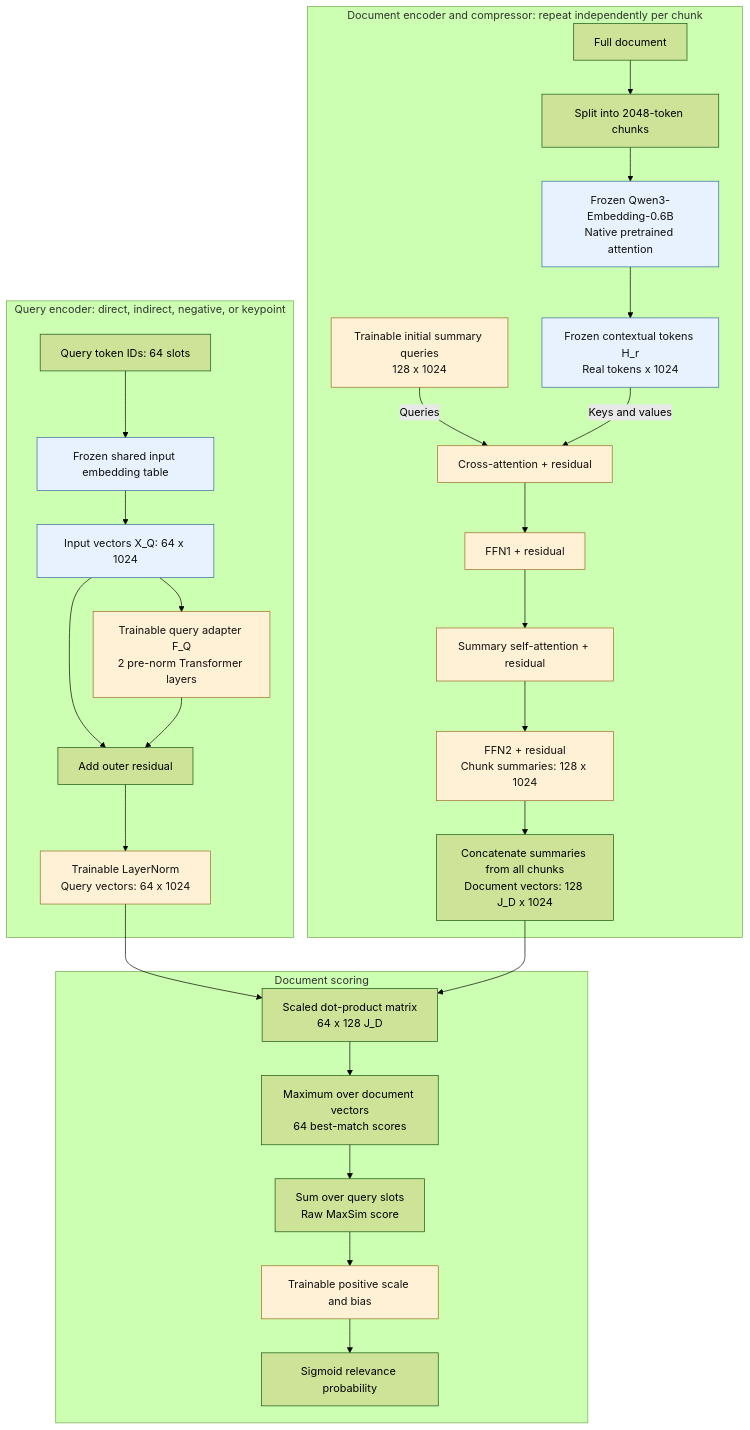
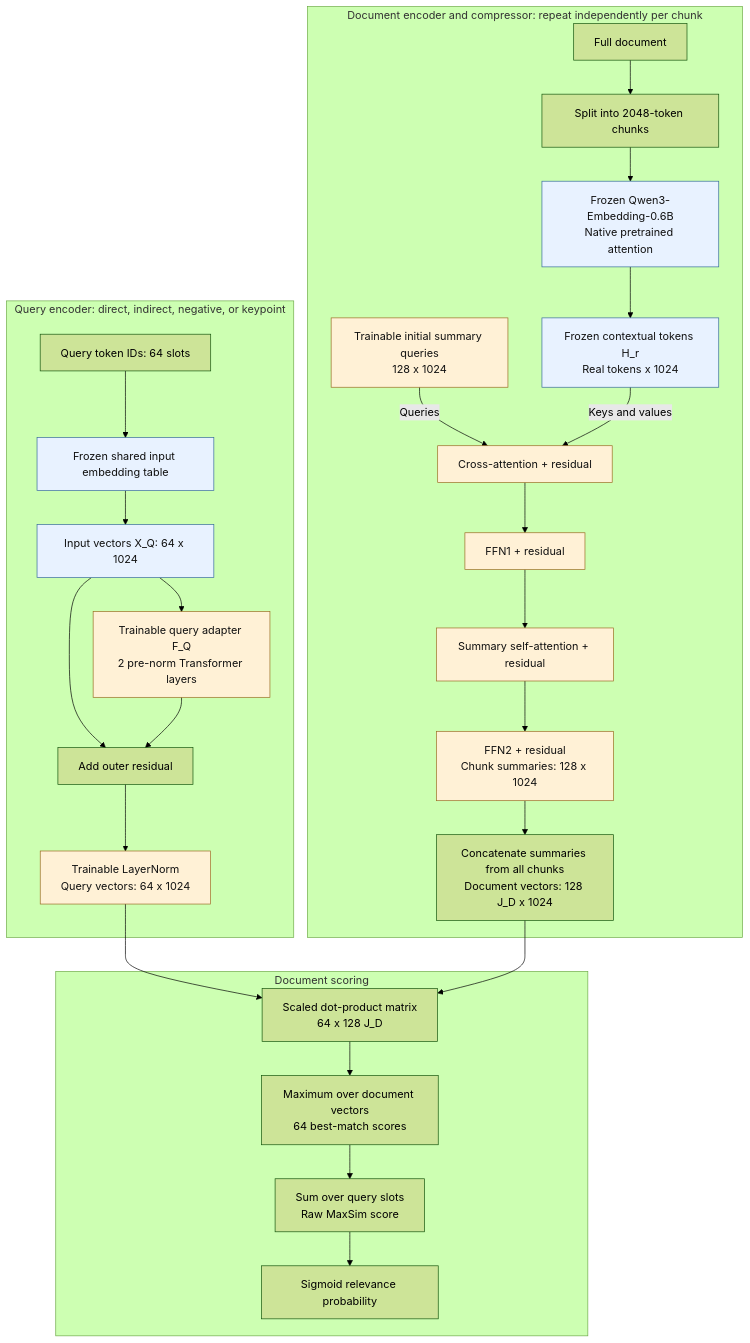
Before and after one commit to NgOchOcc/reranking: the diagram in docs/compression.md, drawn with Mermaid (forest theme). The commit also changed other lines of this file and 2 other files, not shown here.

````diff
--- a/docs/compression.md
+++ b/docs/compression.md
@@ -64,37 +64,36 @@
 ```mermaid
 flowchart TB
     subgraph QUERY["Query encoder: direct, indirect, negative, or keypoint"]
         QID["Query token IDs: 64 slots"] --> EMB["Frozen shared input embedding table"]
         EMB --> XQ["Input vectors X_Q: 64 x 1024"]
         XQ --> FQ["Trainable query adapter F_Q<br/>2 pre-norm Transformer layers"]
         XQ --> ADD["Add outer residual"]
         FQ --> ADD
         ADD --> QLN["Trainable LayerNorm<br/>Query vectors: 64 x 1024"]
     end
 
     subgraph DOC["Document encoder and compressor: repeat independently per chunk"]
         D["Full document"] --> CH["Split into 2048-token chunks"]
         CH --> ENC["Frozen Qwen3-Embedding-0.6B<br/>Native pretrained attention"]
         ENC --> H["Frozen contextual tokens H_r<br/>Real tokens x 1024"]
         Z["Trainable initial summary queries<br/>128 x 1024"] -->|Queries| CA["Cross-attention + residual"]
         H -->|Keys and values| CA
         CA --> FF1["FFN1 + residual"]
         FF1 --> SA["Summary self-attention + residual"]
         SA --> FF2["FFN2 + residual<br/>Chunk summaries: 128 x 1024"]
         FF2 --> CAT["Concatenate summaries from all chunks<br/>Document vectors: 128 J_D x 1024"]
     end
 
     subgraph SCORE["Document scoring"]
         DOT["Scaled dot-product matrix<br/>64 x 128 J_D"] --> MAX["Maximum over document vectors<br/>64 best-match scores"]
         MAX --> SUM["Sum over query slots<br/>Raw MaxSim score"]
-        SUM --> CAL["Trainable positive scale and bias"]
-        CAL --> P["Sigmoid relevance probability"]
+        SUM --> P["Sigmoid relevance probability"]
     end
 
     QLN --> DOT
     CAT --> DOT
     classDef frozen fill:#e8f2ff,stroke:#34699a,color:#111;
     classDef trainable fill:#fff1d6,stroke:#9a6b22,color:#111;
     class EMB,XQ,ENC,H frozen;
-    class FQ,QLN,Z,CA,FF1,SA,FF2,CAL trainable;
+    class FQ,QLN,Z,CA,FF1,SA,FF2 trainable;
 ```
````
